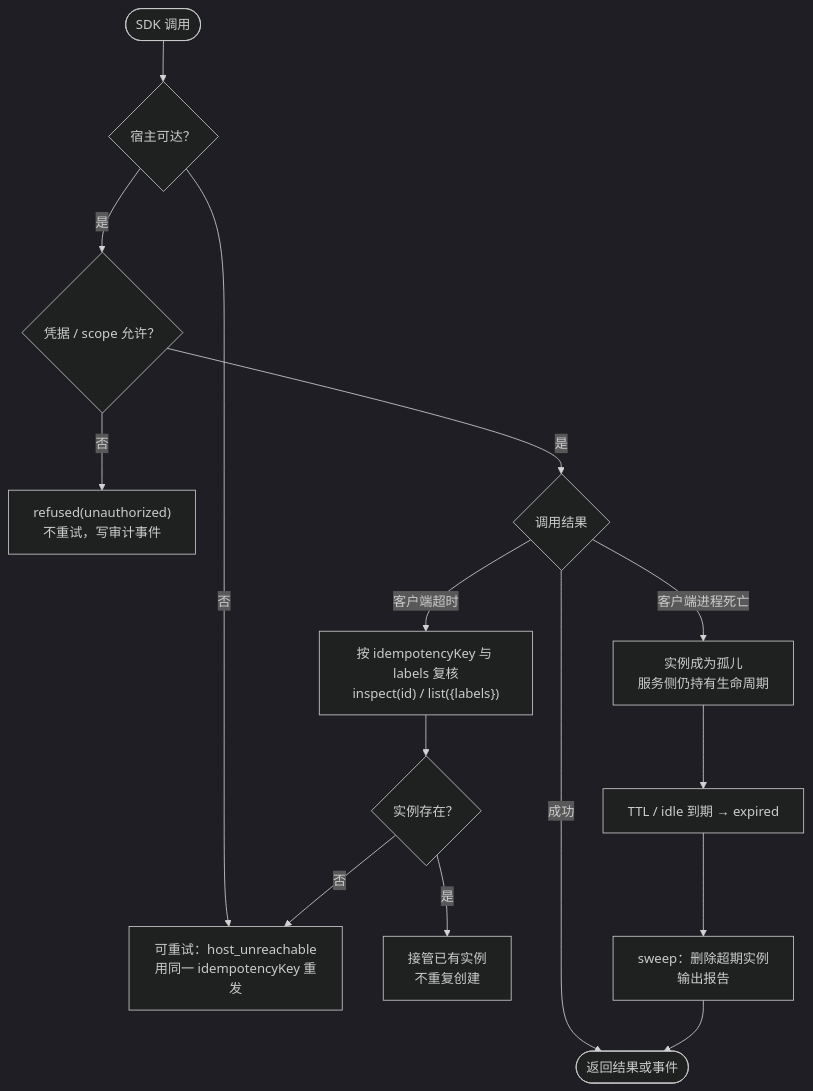
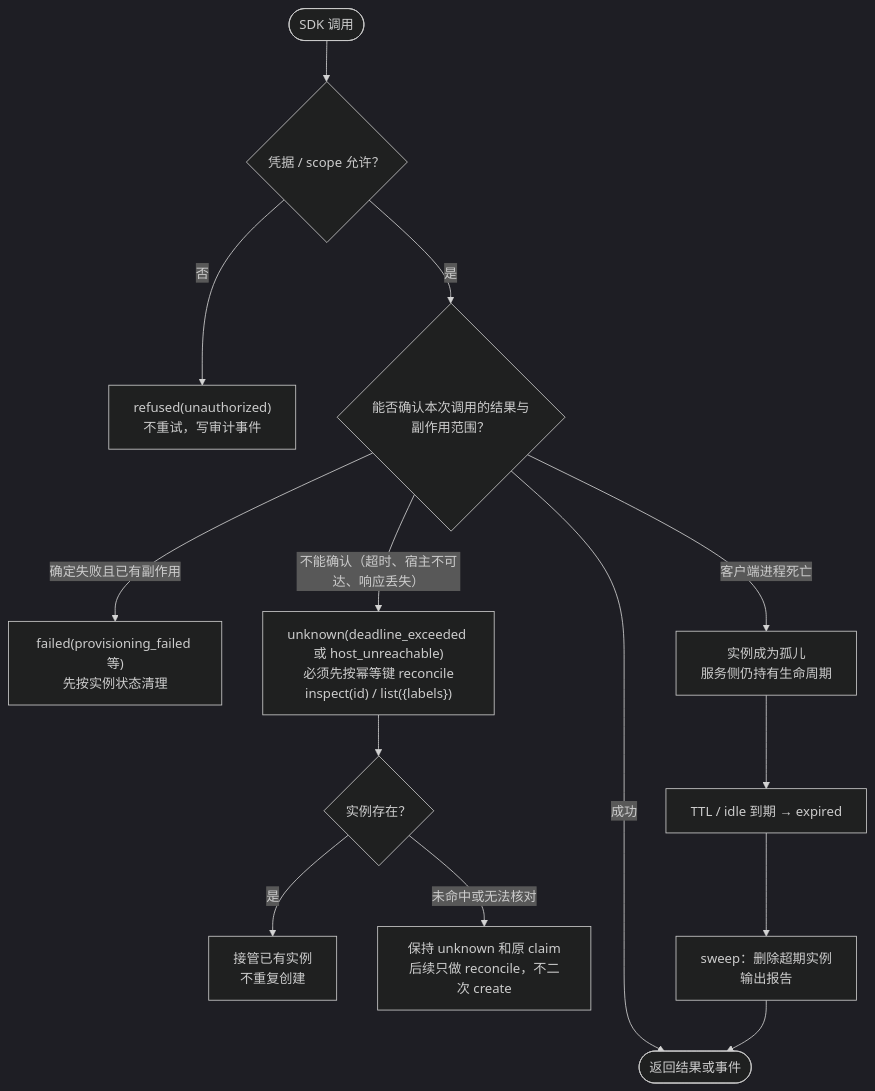
One commit to mapleluvr/kappa-box changed the seventh of 7 diagrams in docs/flows.md. Above: the diagram before and after it, drawn with Mermaid (dark theme). The commit also changed other lines of this file and 9 other files, not shown here.

Commit message:
add create operation outcomes and fail-closed retry

````diff
--- a/docs/flows.md
+++ b/docs/flows.md
@@ -249,17 +249,16 @@
 ```mermaid
 flowchart TD
-  CALL(["SDK 调用"]) --> TRY{"宿主可达？"}
-  TRY -- 否 --> RETRY["可重试：host_unreachable<br/>用同一 idempotencyKey 重发"]
-  TRY -- 是 --> AUTH{"凭据 / scope 允许？"}
+  CALL(["SDK 调用"]) --> AUTH{"凭据 / scope 允许？"}
   AUTH -- 否 --> DENY["refused(unauthorized)<br/>不重试，写审计事件"]
-  AUTH -- 是 --> DONE{"调用结果"}
+  AUTH -- 是 --> DONE{"能否确认本次调用的结果与副作用范围？"}
   DONE -- 成功 --> OK(["返回结果或事件"])
-  DONE -- 客户端超时 --> RECON["按 idempotencyKey 与 labels 复核<br/>inspect(id) / list({labels})"]
+  DONE -- 确定失败且已有副作用 --> FAIL["failed(provisioning_failed 等)<br/>先按实例状态清理"]
+  DONE -- 不能确认（超时、宿主不可达、响应丢失） --> RECON["unknown(deadline_exceeded 或 host_unreachable)<br/>必须先按幂等键 reconcile<br/>inspect(id) / list({labels})"]
   RECON --> EXISTS{"实例存在？"}
   EXISTS -- 是 --> ADOPT["接管已有实例<br/>不重复创建"]
-  EXISTS -- 否 --> RETRY
+  EXISTS -- 未命中或无法核对 --> PENDING["保持 unknown 和原 claim<br/>后续只做 reconcile，不二次 create"]
   DONE -- 客户端进程死亡 --> ORPH["实例成为孤儿<br/>服务侧仍持有生命周期"]
   ORPH --> TTL["TTL / idle 到期 → expired"]
   TTL --> SWEEP["sweep：删除超期实例<br/>输出报告"]
   SWEEP --> OK
 ```
````
